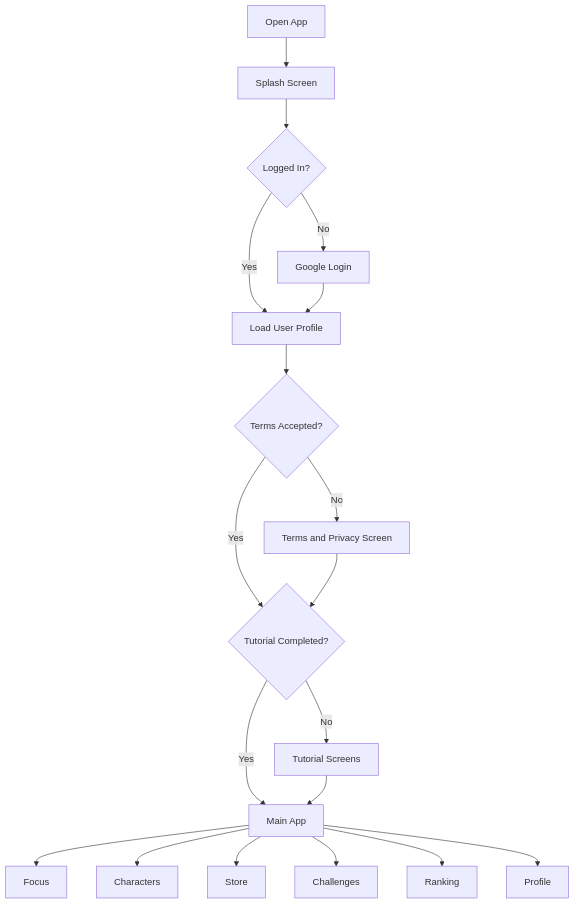
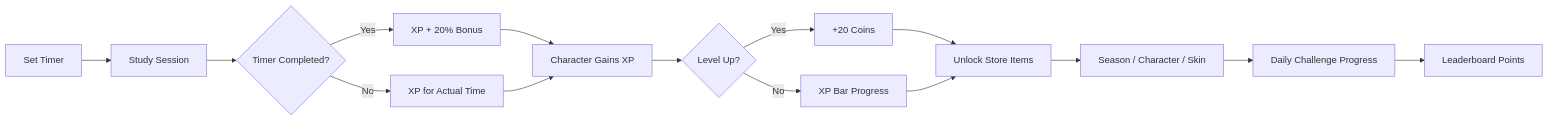
The third of 14 diagrams in README.md (bipulkumar62/FocusSaga-XP), drawn with Mermaid before and after one commit. The commit also changed other lines of this file, not shown here.

````diff
--- a/README.md
+++ b/README.md
@@ -60,21 +118,17 @@
 ```mermaid
-flowchart TD
-    A[Open App] --> B[Splash Screen]
-    B --> C{Logged In?}
-    C -- No --> D[Google Login]
-    C -- Yes --> E[Load User Profile]
-    D --> E
-    E --> F{Terms Accepted?}
-    F -- No --> G[Terms and Privacy Screen]
-    F -- Yes --> H{Tutorial Completed?}
-    G --> H
-    H -- No --> I[Tutorial Screens]
-    H -- Yes --> J[Main App]
+flowchart LR
+    A[Set Timer] --> B[Study Session]
+    B --> C{Timer Completed?}
+    C -- Yes --> D[XP + 20% Bonus]
+    C -- No --> E[XP for Actual Time]
+    D --> F[Character Gains XP]
+    E --> F
+    F --> G{Level Up?}
+    G -- Yes --> H[+20 Coins]
+    G -- No --> I[XP Bar Progress]
+    H --> J[Unlock Store Items]
     I --> J
-    J --> K[Focus]
-    J --> L[Characters]
-    J --> M[Store]
-    J --> N[Challenges]
-    J --> O[Ranking]
-    J --> P[Profile]
+    J --> K[Season / Character / Skin]
+    K --> L[Daily Challenge Progress]
+    L --> M[Leaderboard Points]
 ```
````
